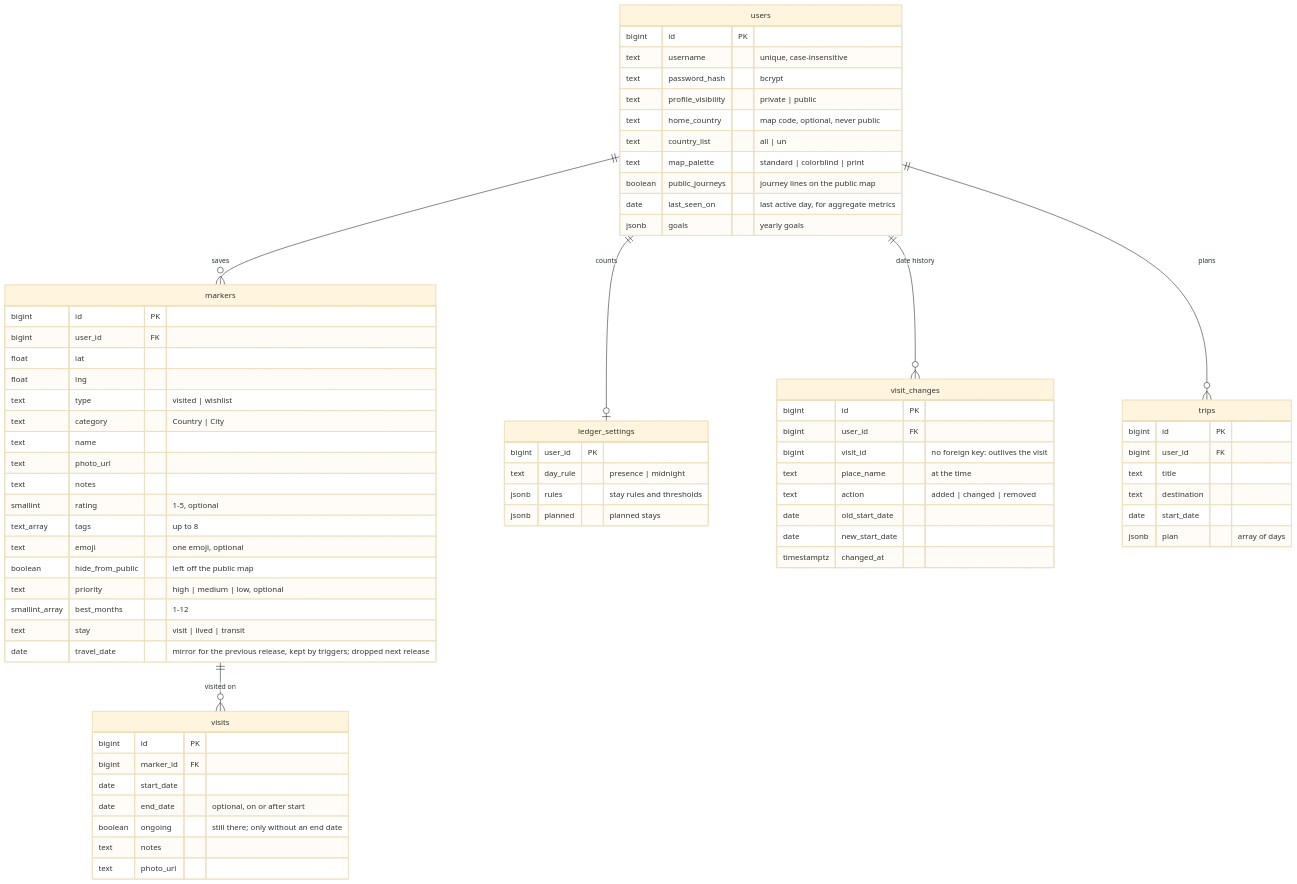
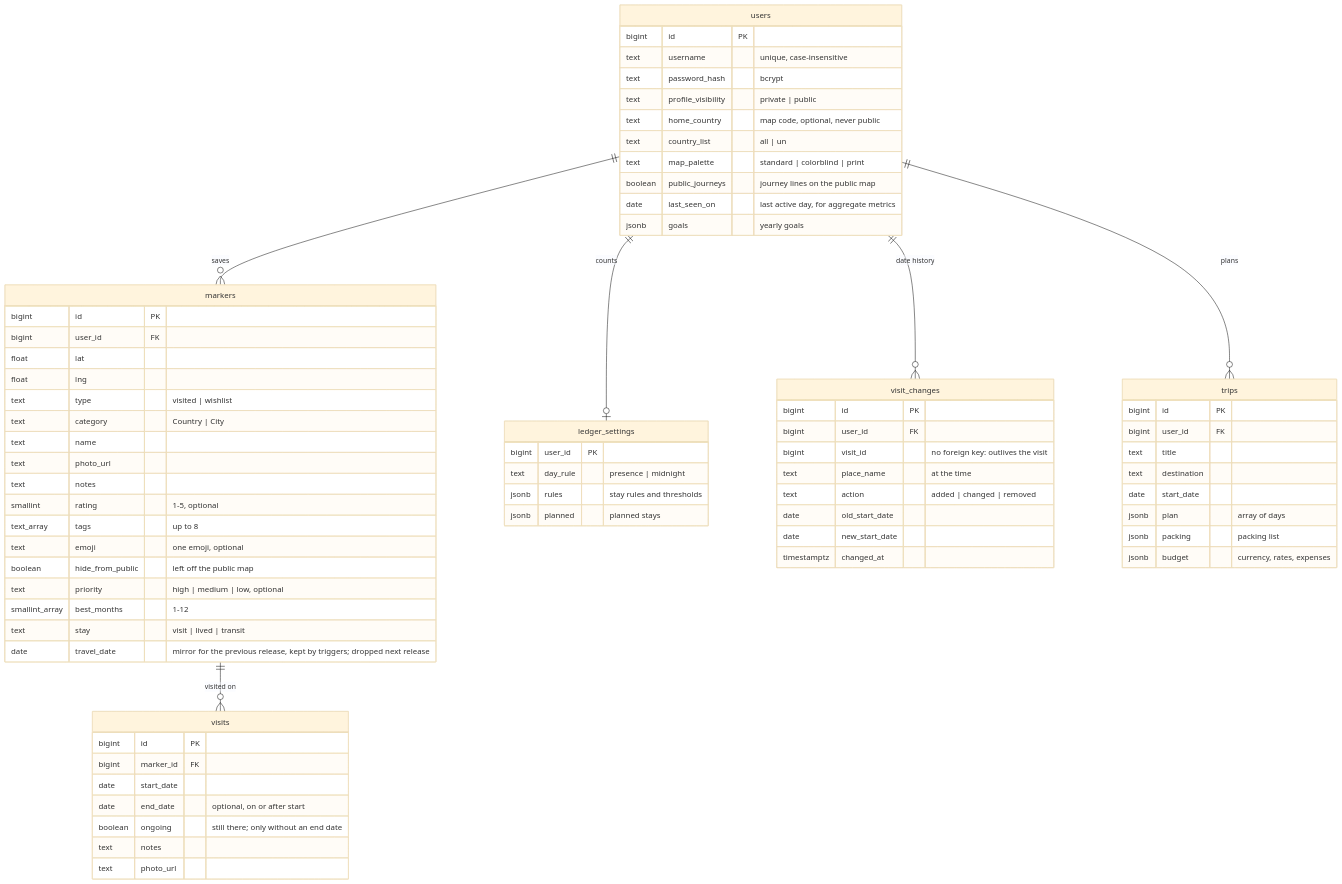
One commit to chefzaid/travelmapster changed the diagram in docs/data-model.md. Above: the diagram before and after it, drawn with Mermaid (base theme). The commit also changed other lines of this file and 16 other files, not shown here.

Commit message:
Add a packing list and a budget in any currency to trips

````diff
--- a/docs/data-model.md
+++ b/docs/data-model.md
@@ -8,72 +8,74 @@
 ```mermaid
 erDiagram
     users ||--o{ markers : saves
     markers ||--o{ visits : "visited on"
     users ||--o| ledger_settings : counts
     users ||--o{ visit_changes : "date history"
     users ||--o{ trips : plans
     users {
         bigint id PK
         text username "unique, case-insensitive"
         text password_hash "bcrypt"
         text profile_visibility "private | public"
         text home_country "map code, optional, never public"
         text country_list "all | un"
         text map_palette "standard | colorblind | print"
         boolean public_journeys "journey lines on the public map"
         date last_seen_on "last active day, for aggregate metrics"
         jsonb goals "yearly goals"
     }
     markers {
         bigint id PK
         bigint user_id FK
         float lat
         float lng
         text type "visited | wishlist"
         text category "Country | City"
         text name
         text photo_url
         text notes
         smallint rating "1-5, optional"
         text_array tags "up to 8"
         text emoji "one emoji, optional"
         boolean hide_from_public "left off the public map"
         text priority "high | medium | low, optional"
         smallint_array best_months "1-12"
         text stay "visit | lived | transit"
         date travel_date "mirror for the previous release, kept by triggers; dropped next release"
     }
     visits {
         bigint id PK
         bigint marker_id FK
         date start_date
         date end_date "optional, on or after start"
         boolean ongoing "still there; only without an end date"
         text notes
         text photo_url
     }
     ledger_settings {
         bigint user_id PK
         text day_rule "presence | midnight"
         jsonb rules "stay rules and thresholds"
         jsonb planned "planned stays"
     }
     visit_changes {
         bigint id PK
         bigint user_id FK
         bigint visit_id "no foreign key: outlives the visit"
         text place_name "at the time"
         text action "added | changed | removed"
         date old_start_date
         date new_start_date
         timestamptz changed_at
     }
     trips {
         bigint id PK
         bigint user_id FK
         text title
         text destination
         date start_date
         jsonb plan "array of days"
+        jsonb packing "packing list"
+        jsonb budget "currency, rates, expenses"
     }
 ```
````
